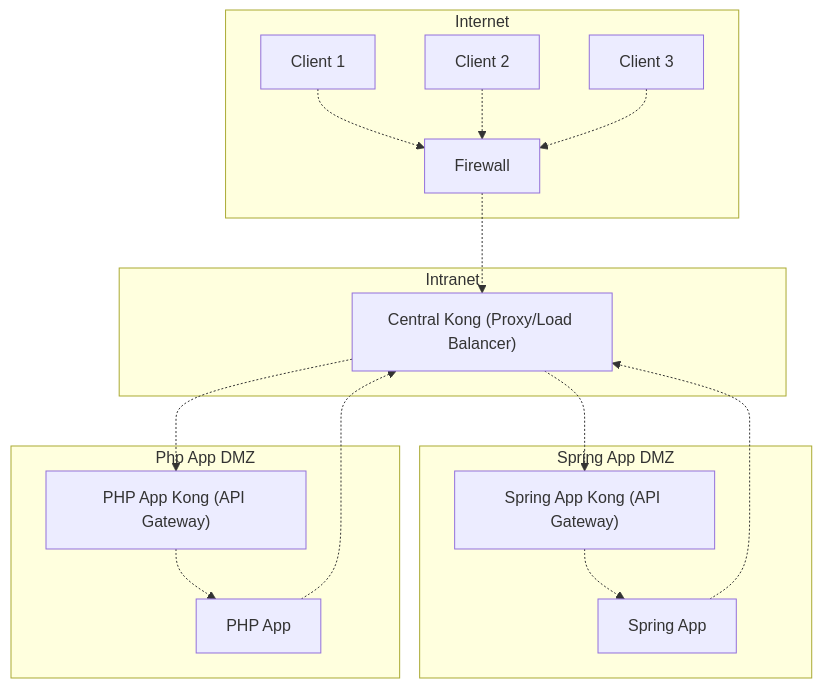
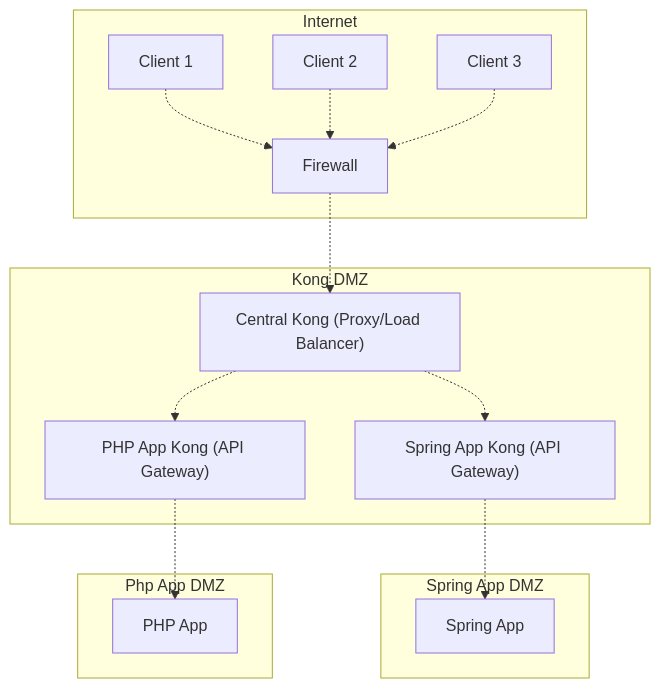
The first of 2 diagrams in README.md (FrankleyRocha/poc-kong), drawn with Mermaid before and after one commit. The commit also changed 2 other files, not shown here.

Commit message:
ajustes na arquitetura

````diff
--- a/README.md
+++ b/README.md
@@ -5,38 +5,36 @@
 ```mermaid
 graph TD
     subgraph Internet
         Client1["Client 1"]
         Client2["Client 2"]
         Client3["Client 3"]
 
         Firewall
     end
 
     Client1 -.-> Firewall
     Client2 -.-> Firewall
     Client3 -.-> Firewall
     Firewall -.-> central-kong
 
-    subgraph intranet["Intranet"]
+    subgraph kong-dmz["Kong DMZ"]
         central-kong["Central Kong (Proxy/Load Balancer)"]
+        springapp-kong["Spring App Kong (API Gateway)"]
+        phpapp-kong["PHP App Kong (API Gateway)"]
     end
 
     central-kong -.-> springapp-kong
     central-kong -.-> phpapp-kong
 
     subgraph springapp-net["Spring App DMZ"]
         springapp["Spring App"]
-        springapp-kong["Spring App Kong (API Gateway)"]
     end
 
     springapp-kong -.-> springapp
-    springapp -.-> central-kong
 
     subgraph phpapp-net["Php App DMZ"]
         phpapp["PHP App"]
-        phpapp-kong["PHP App Kong (API Gateway)"]
     end
 
     phpapp-kong -.-> phpapp
-    phpapp -.-> central-kong
 ```
````
